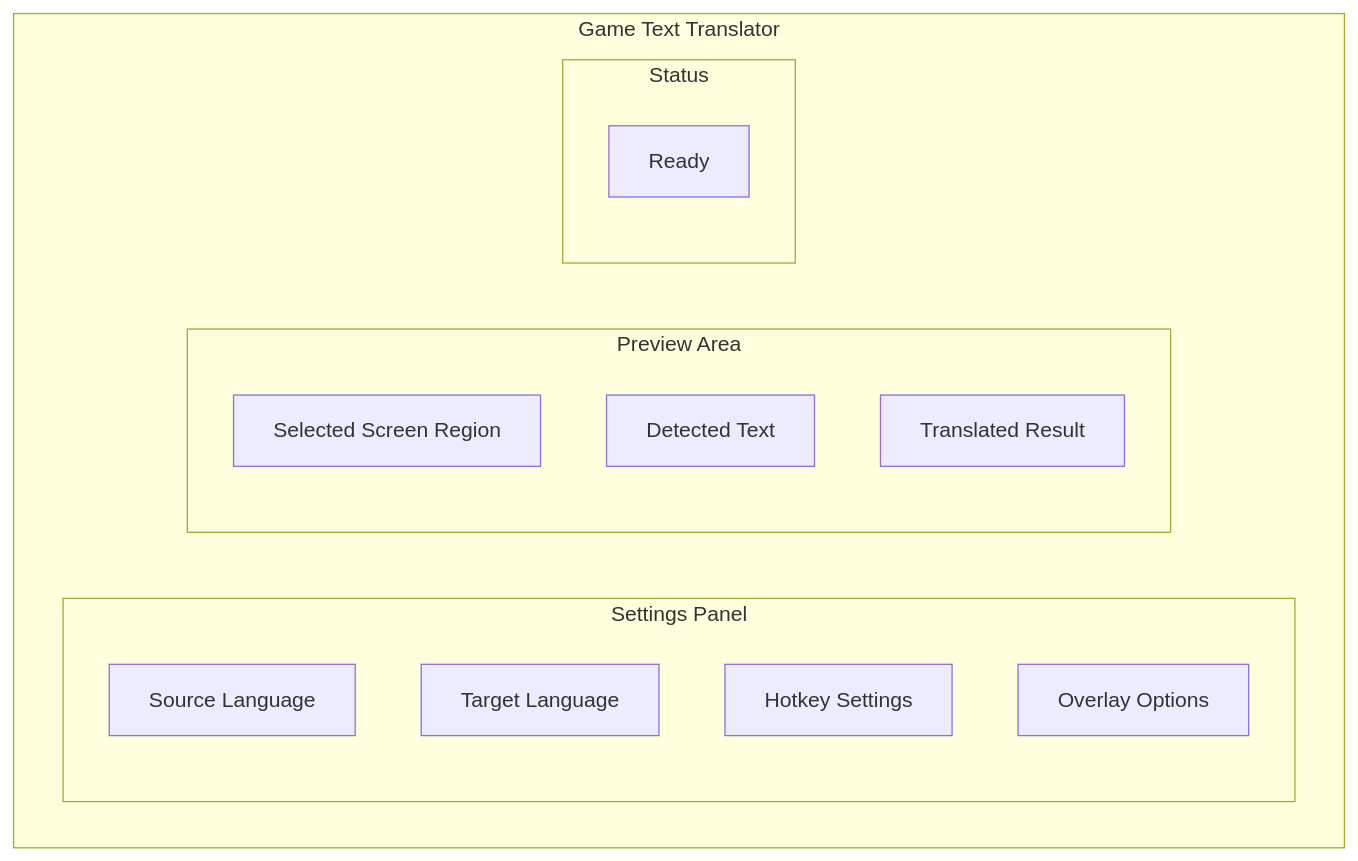
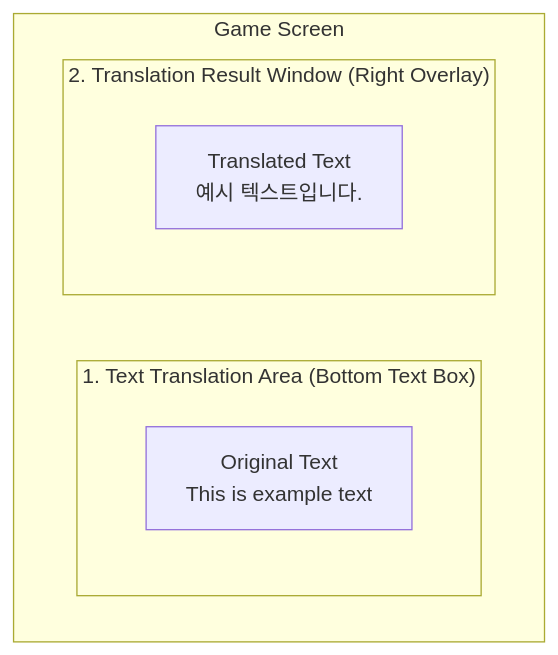
The second of 2 diagrams in Analysis.md (Pcs0204/ScreenTranslator), drawn with Mermaid before and after one commit. The commit also changed other lines of this file, not shown here.

````diff
--- a/Analysis.md
+++ b/Analysis.md
@@ -123,24 +123,15 @@
 ```mermaid
 flowchart TB
 
-    subgraph MainWindow["Game Text Translator"]
+    subgraph GameScreen["Game Screen"]
     
-        subgraph LeftPanel["Settings Panel"]
-            A1[Source Language]
-            A2[Target Language]
-            A3[Hotkey Settings]
-            A4[Overlay Options]
+        subgraph StoryArea["1. Text Translation Area (Bottom Text Box)"]
+            T1["Original Text<br/>This is example text"]
         end
 
-        subgraph RightPanel["Preview Area"]
-            B1[Selected Screen Region]
-            B2[Detected Text]
-            B3[Translated Result]
-        end
-
-        subgraph Bottom["Status"]
-            C1[Ready]
+        subgraph OverlayArea["2. Translation Result Window (Right Overlay)"]
+            O1["Translated Text<br/>예시 텍스트입니다."]
         end
 
     end
 ```
````
